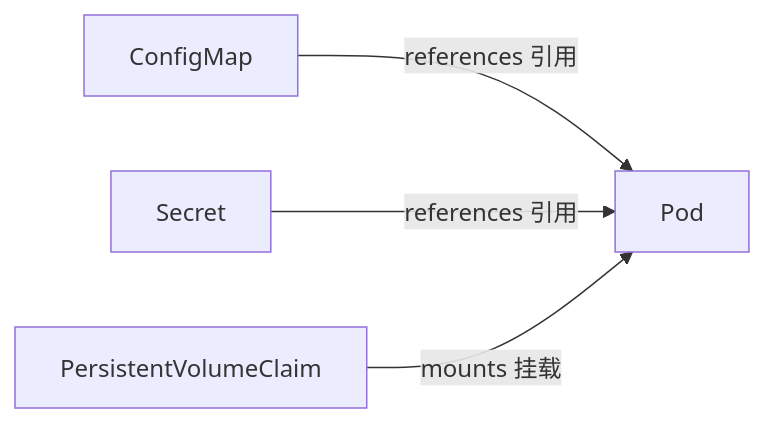
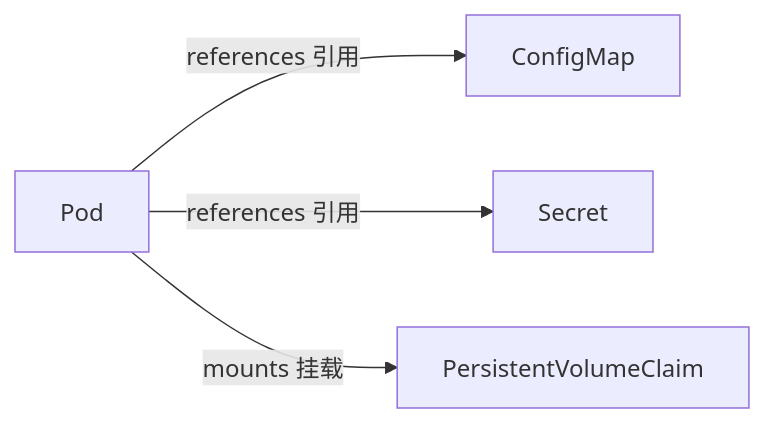
The third of 4 diagrams in docs/index.md (liufashi-Mr/cloud-native-docs), drawn with Mermaid before and after one commit. The commit also changed other lines of this file and 2 other files, not shown here.

````diff
--- a/docs/index.md
+++ b/docs/index.md
@@ -66,6 +71,7 @@
 ```mermaid
 flowchart LR
-  CM["ConfigMap"] -->|references 引用| P["Pod"]
-  SEC["Secret"] -->|references 引用| P
-  PVC["PersistentVolumeClaim"] -->|mounts 挂载| P
+  P["Pod"]
+  P -->|references 引用| CM["ConfigMap"]
+  P -->|references 引用| SEC["Secret"]
+  P -->|mounts 挂载| PVC["PersistentVolumeClaim"]
 ```
````
